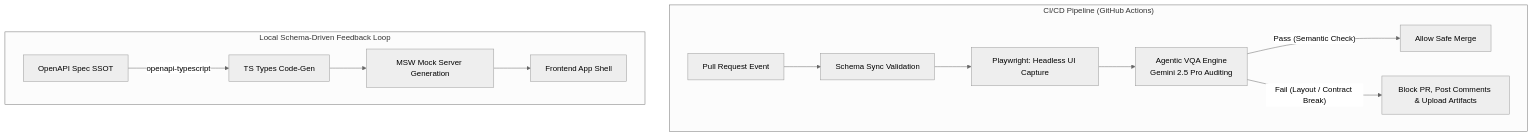
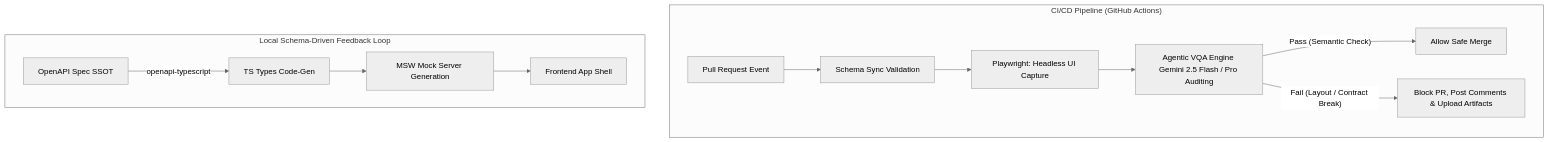
One commit to y-matsuo081991/ai-qa-architecture-portfolio changed the diagram in README.md. Above: the diagram before and after it, drawn with Mermaid (neutral theme). The commit also changed other lines of this file and 3 other files, not shown here.

First line of the commit message:
chore(vqa): use gemini-2.5-flash as default model

````diff
--- a/README.md
+++ b/README.md
@@ -39,16 +39,16 @@
 ```mermaid
 graph TD
     subgraph CI ["CI/CD Pipeline (GitHub Actions)"]
         PR[Pull Request Event] --> Sync[Schema Sync Validation]
         Sync --> PW[Playwright: Headless UI Capture]
-        PW --> VLM[Agentic VQA Engine <br>Gemini 2.5 Pro Auditing]
+        PW --> VLM[Agentic VQA Engine <br>Gemini 2.5 Flash / Pro Auditing]
         VLM -- "Pass (Semantic Check)" --> Merge[Allow Safe Merge]
         VLM -- "Fail (Layout / Contract Break)" --> Block[Block PR, Post Comments & Upload Artifacts]
     end
 
     subgraph Local ["Local Schema-Driven Feedback Loop"]
         OAS[OpenAPI Spec SSOT] -- "openapi-typescript" --> Types[TS Types Code-Gen]
         Types --> MSW[MSW Mock Server Generation]
         MSW --> UI[Frontend App Shell]
     end
 ```
````
